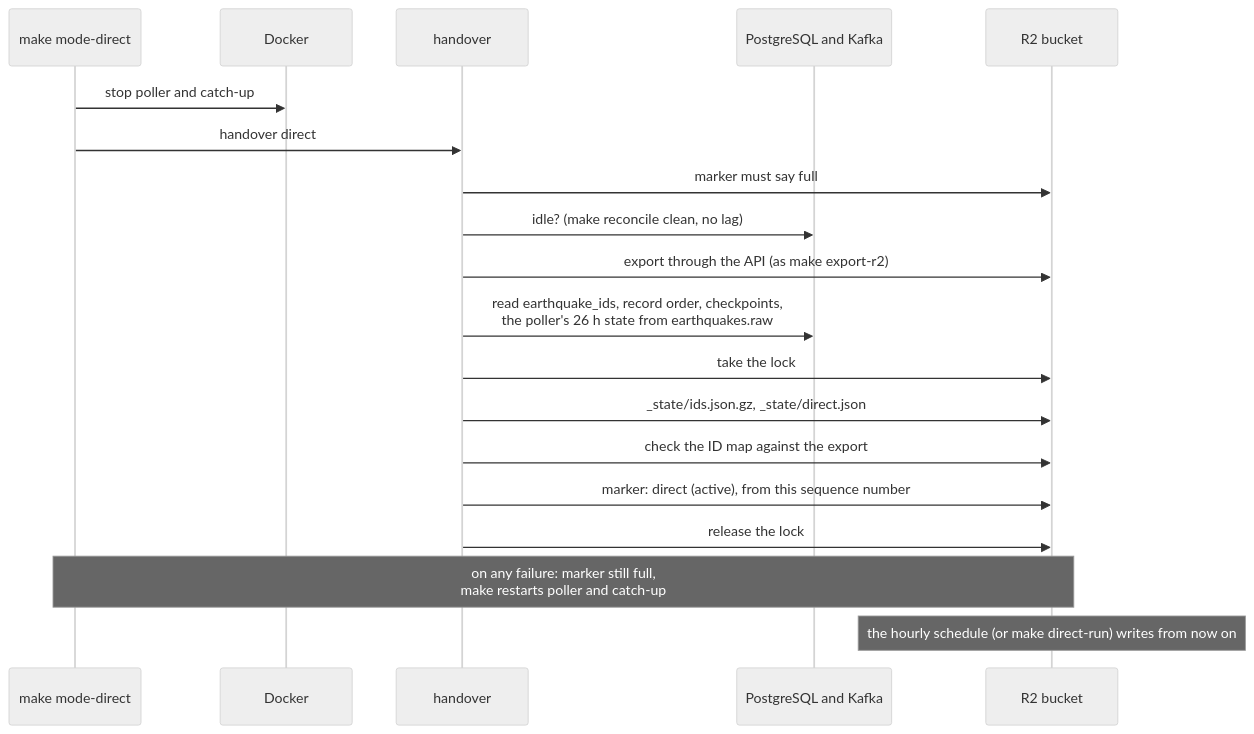
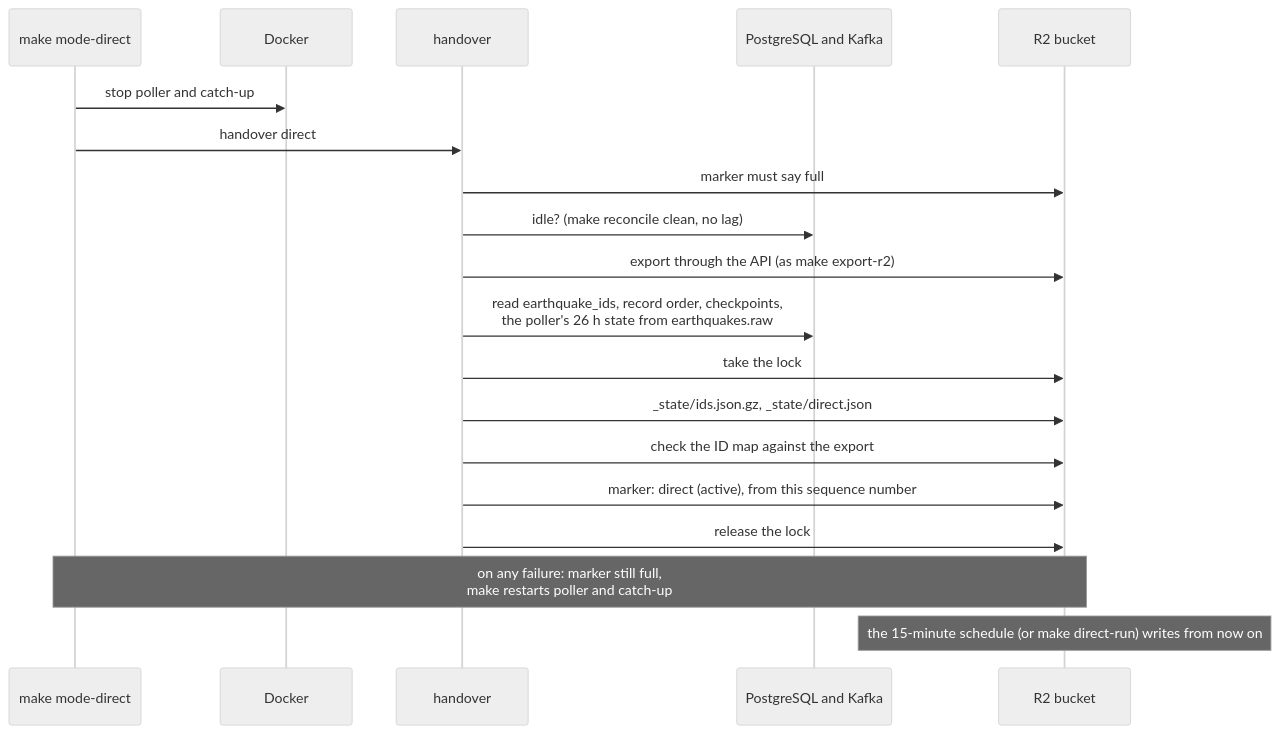
The fifth of 8 diagrams in docs/technical/architecture.md (dienarvaez1/earth-hub), drawn with Mermaid (neutral theme) before and after one commit. The commit also changed other lines of this file and 30 other files, not shown here.

````diff
--- a/docs/technical/architecture.md
+++ b/docs/technical/architecture.md
@@ -259,21 +259,21 @@
 ```mermaid
 sequenceDiagram
     participant M as make mode-direct
     participant D as Docker
     participant H as handover
     participant P as PostgreSQL and Kafka
     participant R as R2 bucket
     M->>D: stop poller and catch-up
     M->>H: handover direct
     H->>R: marker must say full
     H->>P: idle? (make reconcile clean, no lag)
     H->>R: export through the API (as make export-r2)
     H->>P: read earthquake_ids, record order, checkpoints,<br/>the poller's 26 h state from earthquakes.raw
     H->>R: take the lock
     H->>R: _state/ids.json.gz, _state/direct.json
     H->>R: check the ID map against the export
     H->>R: marker: direct (active), from this sequence number
     H->>R: release the lock
     Note over M,R: on any failure: marker still full,<br/>make restarts poller and catch-up
-    Note over R: the hourly schedule (or make direct-run) writes from now on
+    Note over R: the 15-minute schedule (or make direct-run) writes from now on
 ```
````
